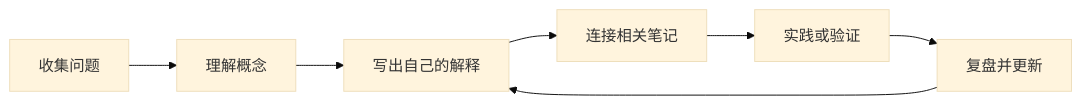
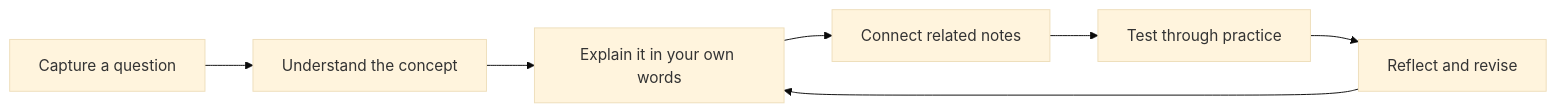
One commit to ilikui/Notes changed the second of 3 diagrams in README.md. Above: the diagram before and after it, drawn with Mermaid (base theme). The commit also changed other lines of this file, not shown here.

Commit message:
docs: redesign README and document Mermaid support

````diff
--- a/README.md
+++ b/README.md
@@ -48,9 +64,9 @@
 ```mermaid
 flowchart LR
-    A["收集问题"] --> B["理解概念"]
-    B --> C["写出自己的解释"]
-    C --> D["连接相关笔记"]
-    D --> E["实践或验证"]
-    E --> F["复盘并更新"]
+    A["Capture a question"] --> B["Understand the concept"]
+    B --> C["Explain it in your own words"]
+    C --> D["Connect related notes"]
+    D --> E["Test through practice"]
+    E --> F["Reflect and revise"]
     F --> C
 ```
````
